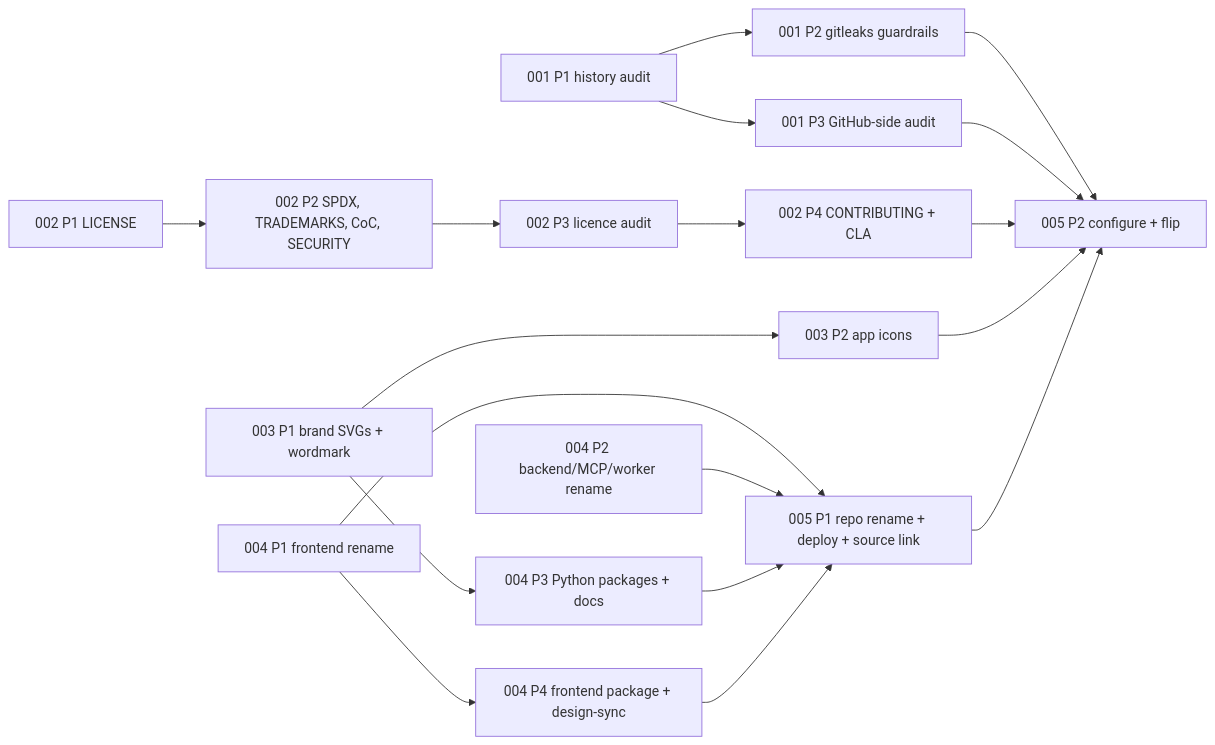
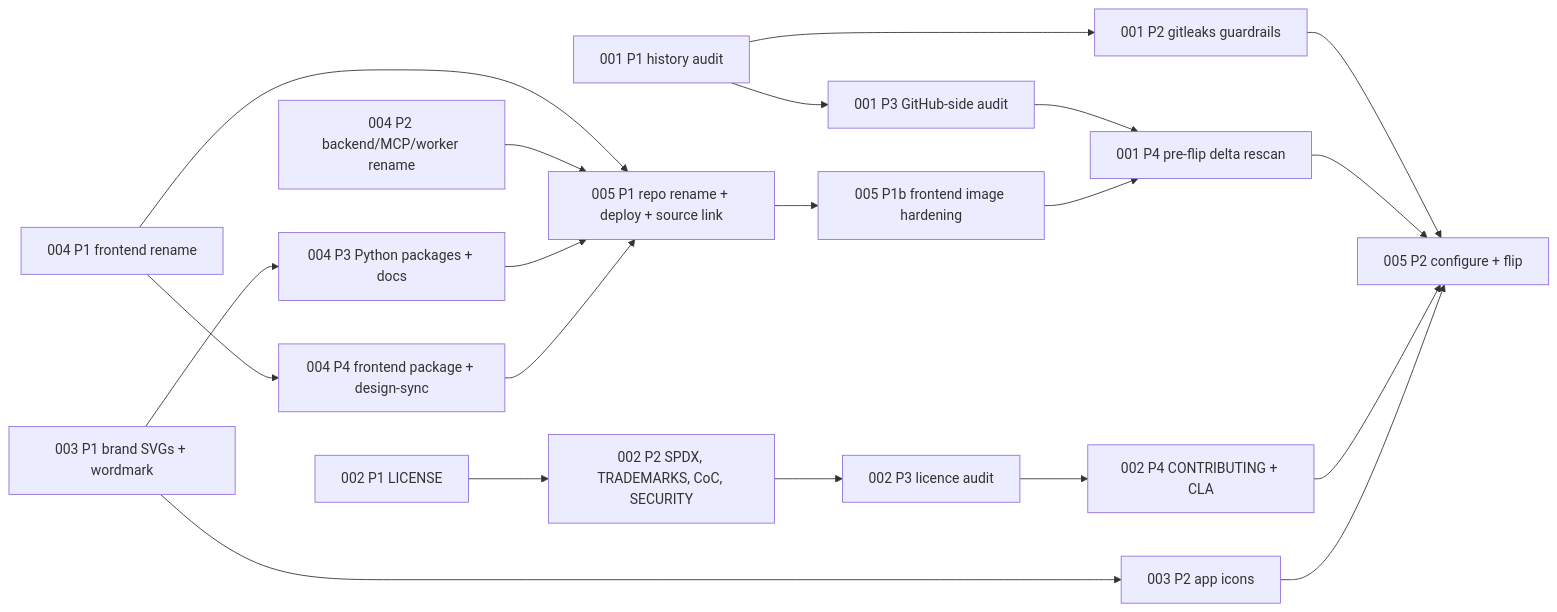
One commit to hjed/lifecontour changed the diagram in docs/tasks/iteration-19-open-source-release-and-branding.md. Above: the diagram before and after it, drawn with Mermaid. The commit also changed other lines of this file and 2 other files, not shown here.

````diff
--- a/docs/tasks/iteration-19-open-source-release-and-branding.md
+++ b/docs/tasks/iteration-19-open-source-release-and-branding.md
@@ -207,13 +209,15 @@
 ```mermaid
 flowchart LR
   A1[001 P1 history audit] --> A3[001 P3 GitHub-side audit]
   A1 --> A2[001 P2 gitleaks guardrails]
   B1[002 P1 LICENSE] --> B2[002 P2 SPDX, TRADEMARKS, CoC, SECURITY] --> B3[002 P3 licence audit] --> B4[002 P4 CONTRIBUTING + CLA]
   C1[003 P1 brand SVGs + wordmark] --> C2[003 P2 app icons]
   D1[004 P1 frontend rename]
   D2[004 P2 backend/MCP/worker rename]
   C1 --> D3[004 P3 Python packages + docs]
   D1 --> D4[004 P4 frontend package + design-sync]
   D1 & D2 & D3 & D4 --> E1[005 P1 repo rename + deploy + source link]
-  A2 & A3 & B4 & C2 & E1 --> E2[005 P2 configure + flip]
+  E1 --> E1b[005 P1b frontend image hardening]
+  A3 & E1b --> A4[001 P4 pre-flip delta rescan]
+  A2 & A4 & B4 & C2 --> E2[005 P2 configure + flip]
 ```
````
